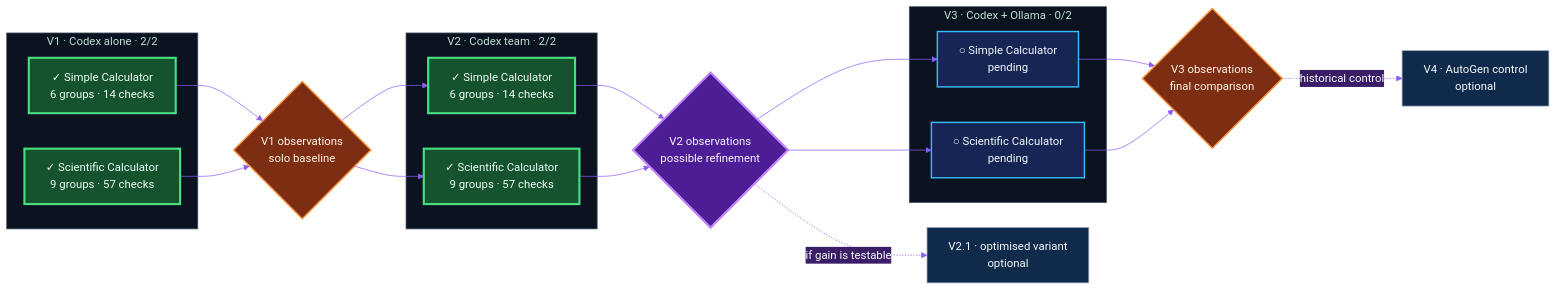
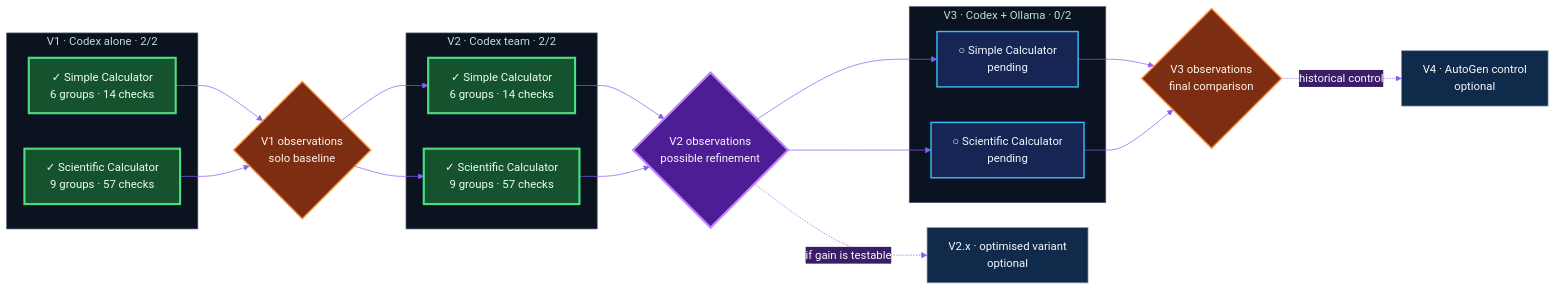
Before and after one commit to ERICRAC/AgentBench-2026: the diagram in README.en.md, drawn with Mermaid. The commit also changed other lines of this file and 15 other files, not shown here.

````diff
--- a/README.en.md
+++ b/README.en.md
@@ -49,50 +51,50 @@
 ```mermaid
 %%{init: {"theme": "base", "themeVariables": {
   "primaryColor": "#0f2a4a",
   "primaryTextColor": "#f8fafc",
   "primaryBorderColor": "#22d3ee",
   "secondaryColor": "#3b1d67",
   "tertiaryColor": "#431f2b",
   "fontFamily": "system-ui",
   "lineColor": "#8b5cf6",
   "clusterBkg": "#0b1220",
   "clusterBorder": "#475569"
 }}}%%
 flowchart LR
     subgraph V1["V1 · Codex alone · 2/2"]
       V1C["✓ Simple Calculator<br/>6 groups · 14 checks"]
       V1S["✓ Scientific Calculator<br/>9 groups · 57 checks"]
     end
     G1{"V1 observations<br/>solo baseline"}
     subgraph V2["V2 · Codex team · 2/2"]
       V2C["✓ Simple Calculator<br/>6 groups · 14 checks"]
       V2S["✓ Scientific Calculator<br/>9 groups · 57 checks"]
     end
     G2{"V2 observations<br/>possible refinement"}
-    V21["V2.1 · optimised variant<br/>optional"]
+    V21["V2.x · optimised variant<br/>optional"]
     subgraph V3["V3 · Codex + Ollama · 0/2"]
       V3C["○ Simple Calculator<br/>pending"]
       V3S["○ Scientific Calculator<br/>pending"]
     end
     G3{"V3 observations<br/>final comparison"}
     V4["V4 · AutoGen control<br/>optional"]
 
     V1C & V1S --> G1
     G1 --> V2C & V2S
     V2C & V2S --> G2
     G2 -. "if gain is testable" .-> V21
     G2 --> V3C & V3S
     V3C & V3S --> G3
     G3 -. "historical control" .-> V4
 
     classDef done fill:#14532d,stroke:#4ade80,color:#f0fdf4,stroke-width:3px;
     classDef next fill:#4c1d95,stroke:#c084fc,color:#faf5ff,stroke-width:3px;
     classDef todo fill:#172554,stroke:#38bdf8,color:#f0f9ff,stroke-width:2px;
     classDef gate fill:#7c2d12,stroke:#fb923c,color:#fff7ed,stroke-width:2px;
     classDef optional fill:#0f2a4a,stroke:#94a3b8,color:#f8fafc;
     class V1C,V1S,V2C,V2S done;
     class V3C,V3S todo;
     class G1,G3 gate;
     class G2 next;
     class V21,V4 optional;
 ```
````
